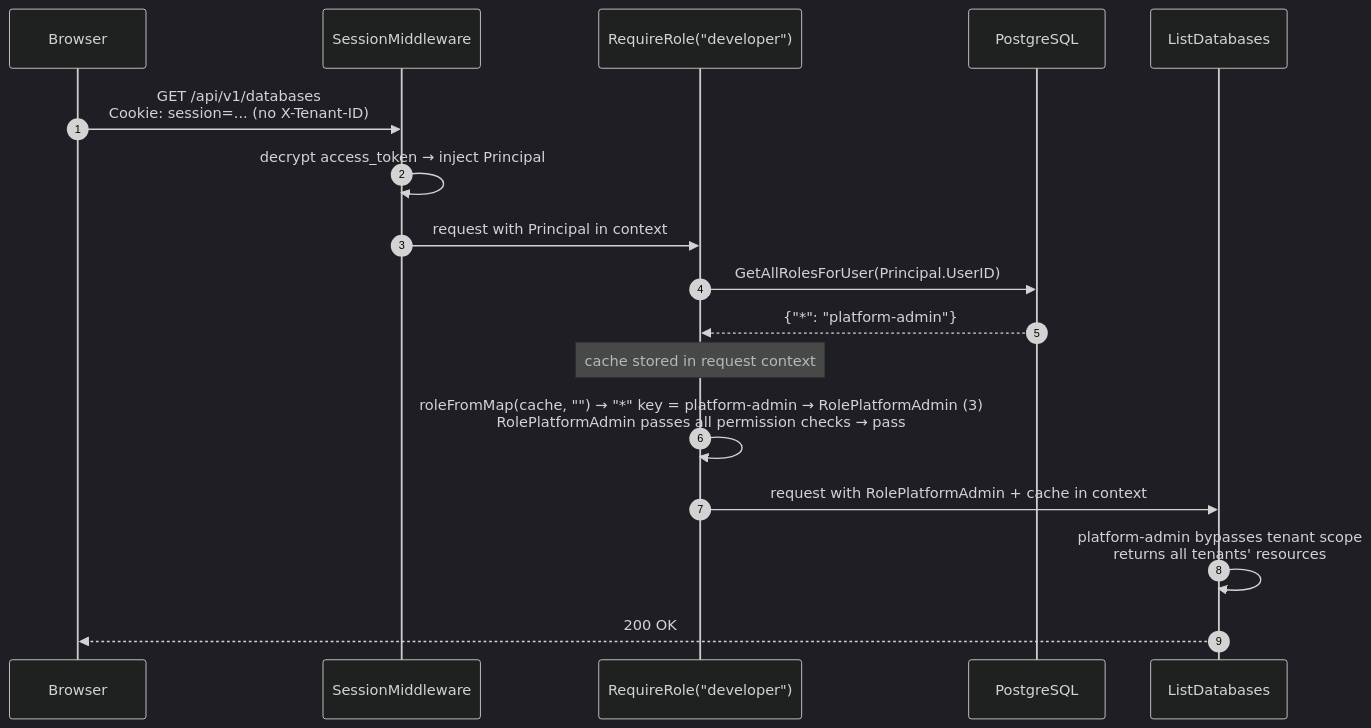
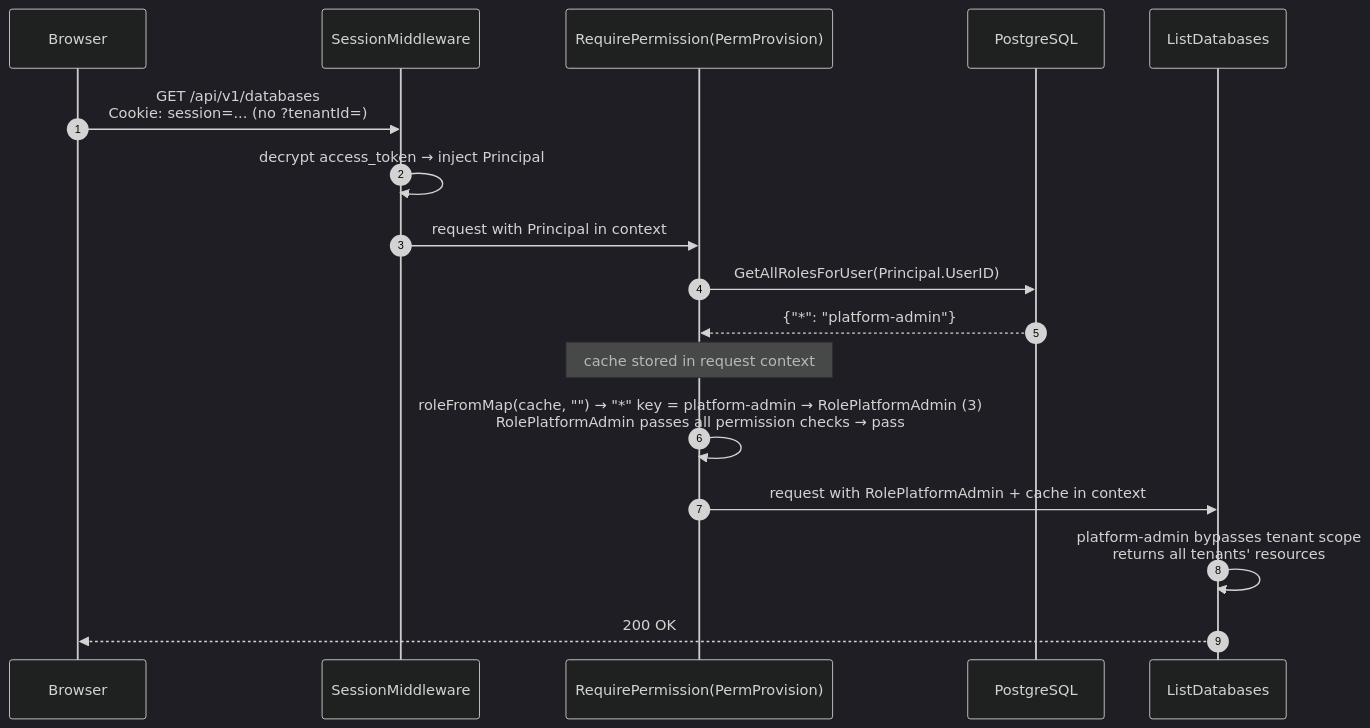
One commit to aripermana-putra/ucp-docs-collection changed the fifth of 5 diagrams in docs/projects/universal-control-plane-ucp/pocs/rbac/implementation.md. Above: the diagram before and after it, drawn with Mermaid (dark theme). The commit also changed other lines of this file and 2 other files, not shown here.

````diff
--- a/docs/projects/universal-control-plane-ucp/pocs/rbac/implementation.md
+++ b/docs/projects/universal-control-plane-ucp/pocs/rbac/implementation.md
@@ -433,24 +434,24 @@
 ```mermaid
 sequenceDiagram
     autonumber
 
     participant Browser
     participant Session as SessionMiddleware
-    participant Middleware as RequireRole("developer")
+    participant Middleware as RequirePermission(PermProvision)
     participant DB as PostgreSQL
     participant Handler as ListDatabases
 
-    Browser->>Session: GET /api/v1/databases<br/>Cookie: session=... (no X-Tenant-ID)
+    Browser->>Session: GET /api/v1/databases<br/>Cookie: session=... (no ?tenantId=)
     Session->>Session: decrypt access_token → inject Principal
     Session->>Middleware: request with Principal in context
 
     Middleware->>DB: GetAllRolesForUser(Principal.UserID)
     DB-->>Middleware: {"*": "platform-admin"}
     Note over Middleware: cache stored in request context
 
     Middleware->>Middleware: roleFromMap(cache, "") → "*" key = platform-admin → RolePlatformAdmin (3)<br/>RolePlatformAdmin passes all permission checks → pass
 
     Middleware->>Handler: request with RolePlatformAdmin + cache in context
     Handler->>Handler: platform-admin bypasses tenant scope<br/>returns all tenants' resources
     Handler-->>Browser: 200 OK
 ```
````
